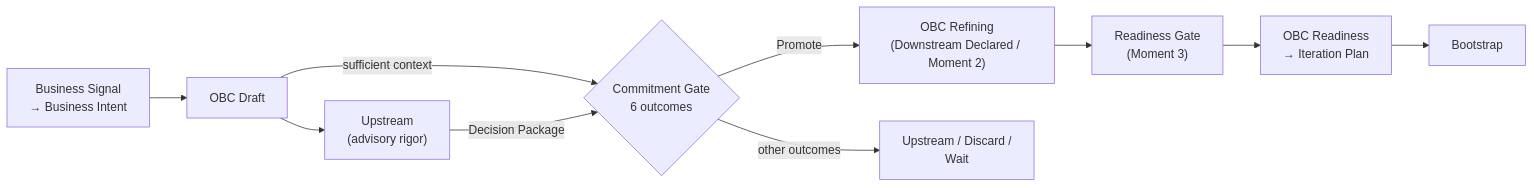
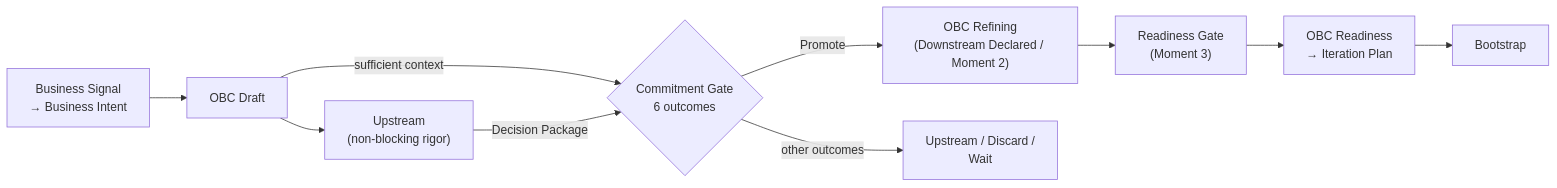
Before and after one commit to produtoreativo/from-intent-to-outcome: the third of 4 diagrams in en/chapter-03.md, drawn with Mermaid. The commit also changed other lines of this file and 8 other files, not shown here.

````diff
--- a/en/chapter-03.md
+++ b/en/chapter-03.md
@@ -210,12 +210,12 @@
 ```mermaid
 graph LR
     BS["Business Signal\n→ Business Intent"] --> A["OBC Draft"]
-    A --> UP["Upstream\n(advisory rigor)"]
+    A --> UP["Upstream\n(non-blocking rigor)"]
     A -->|"sufficient context"| CG{"Commitment Gate\n6 outcomes"}
     UP -->|"Decision Package"| CG
     CG -->|"Promote"| C["OBC Refining\n(Downstream Declared / Moment 2)"]
     CG -->|"other outcomes"| X["Upstream / Discard /\nWait"]
     C --> D["Readiness Gate\n(Moment 3)"]
     D --> E["OBC Readiness\n→ Iteration Plan"]
     E --> F["Bootstrap"]
 ```
````
